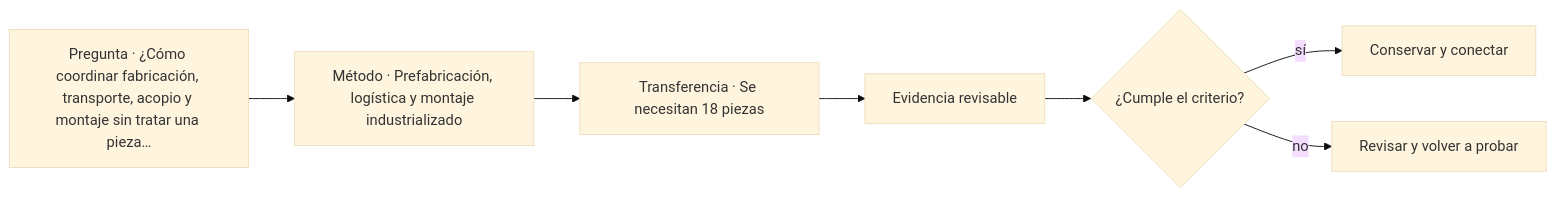
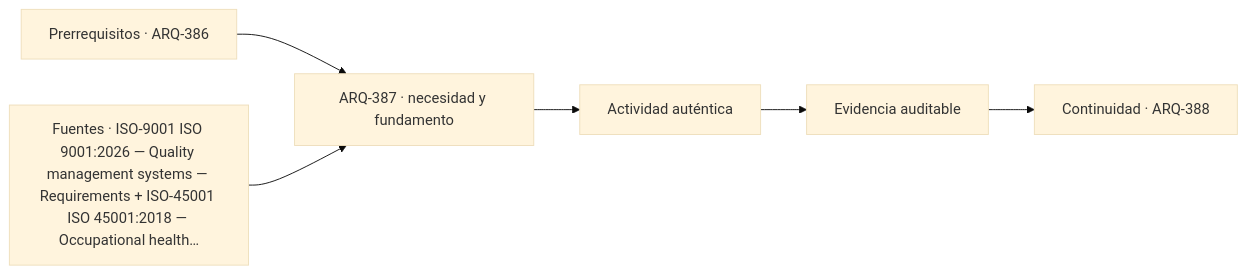
Before and after one commit to vladimiracunadev-create/architecture-built-environment-learning-program: the diagram in classes/parte-39/ARQ-387.md, drawn with Mermaid (base theme). The commit also changed other lines of this file and 761 other files, not shown here.

````diff
--- a/classes/parte-39/ARQ-387.md
+++ b/classes/parte-39/ARQ-387.md
@@ -101,9 +113,8 @@
 ```mermaid
 flowchart LR
-    Q["Pregunta · ¿Cómo coordinar fabricación, transporte, acopio y montaje sin tratar una pieza…"] --> M["Método · Prefabricación, logística y montaje industrializado"]
-    M --> P["Transferencia · Se necesitan 18 piezas"]
-    P --> E["Evidencia revisable"]
-    E --> C{"¿Cumple el criterio?"}
-    C -->|sí| T["Conservar y conectar"]
-    C -->|no| R["Revisar y volver a probar"]
+    A["Prerrequisitos · ARQ-386"] --> B["ARQ-387 · necesidad y fundamento"]
+    S["Fuentes · ISO-9001 ISO 9001:2026 — Quality management systems — Requirements + ISO-45001 ISO 45001:2018 — Occupational health…"] --> B
+    B --> C["Actividad auténtica"]
+    C --> D["Evidencia auditable"]
+    D --> E["Continuidad · ARQ-388"]
 ```
````
